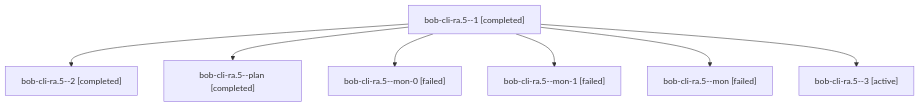
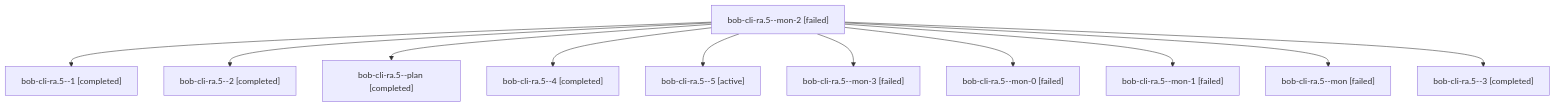
The diagram in sessions/bbugyi200.apollo.bob-cli-ra.5.md (bobs-org/bob-cli--agents), drawn with Mermaid before and after one commit. The commit also changed other lines of this file and 50 other files, not shown here.

````diff
--- a/sessions/bbugyi200.apollo.bob-cli-ra.5.md
+++ b/sessions/bbugyi200.apollo.bob-cli-ra.5.md
@@ -9,16 +9,24 @@
 ```mermaid
 flowchart TD
-  n0["bob-cli-ra.5--1 [completed]"]
-  n1["bob-cli-ra.5--2 [completed]"]
+  n0["bob-cli-ra.5--mon-2 [failed]"]
+  n1["bob-cli-ra.5--1 [completed]"]
   n0 --> n1
-  n2["bob-cli-ra.5--plan [completed]"]
+  n2["bob-cli-ra.5--2 [completed]"]
   n0 --> n2
-  n3["bob-cli-ra.5--mon-0 [failed]"]
+  n3["bob-cli-ra.5--plan [completed]"]
   n0 --> n3
-  n4["bob-cli-ra.5--mon-1 [failed]"]
+  n4["bob-cli-ra.5--4 [completed]"]
   n0 --> n4
-  n5["bob-cli-ra.5--mon [failed]"]
+  n5["bob-cli-ra.5--5 [active]"]
   n0 --> n5
-  n6["bob-cli-ra.5--3 [active]"]
+  n6["bob-cli-ra.5--mon-3 [failed]"]
   n0 --> n6
+  n7["bob-cli-ra.5--mon-0 [failed]"]
+  n0 --> n7
+  n8["bob-cli-ra.5--mon-1 [failed]"]
+  n0 --> n8
+  n9["bob-cli-ra.5--mon [failed]"]
+  n0 --> n9
+  n10["bob-cli-ra.5--3 [completed]"]
+  n0 --> n10
 ```
````
